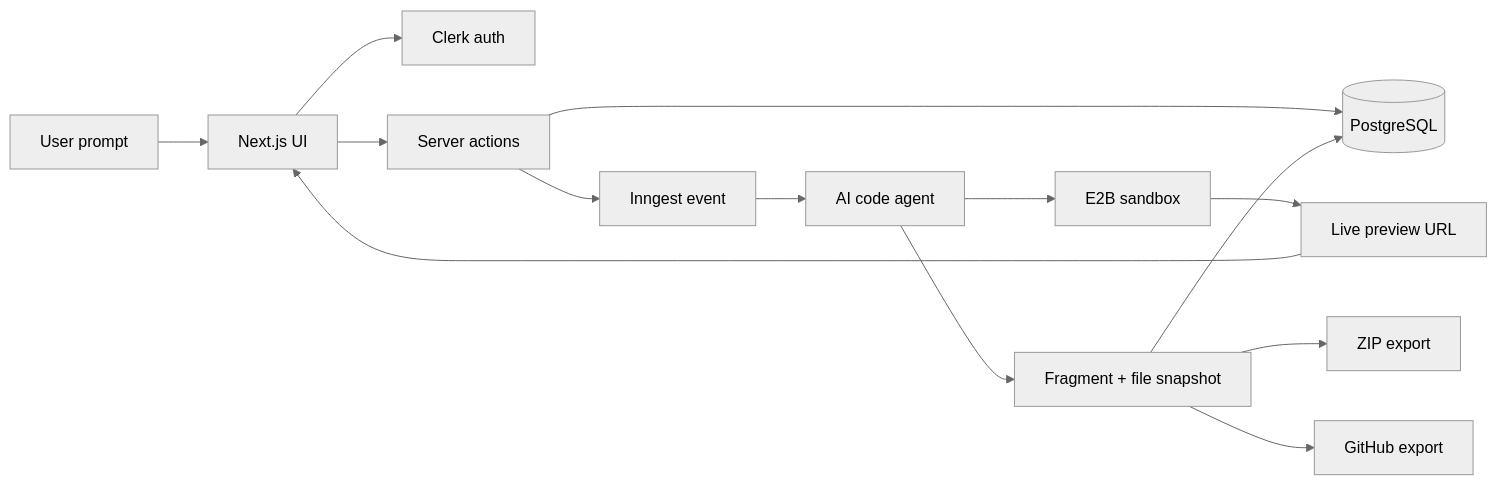
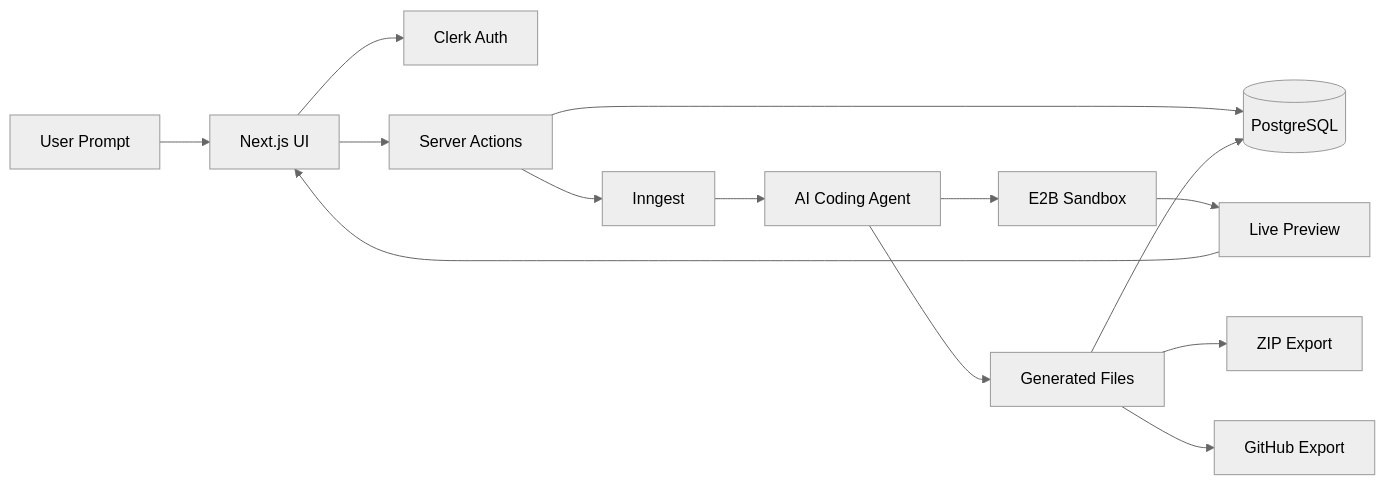
The diagram in README.md (manishmotirale/Gen-V), drawn with Mermaid (neutral theme) before and after one commit. The commit also changed other lines of this file, not shown here.

````diff
--- a/README.md
+++ b/README.md
@@ -88,16 +113,16 @@
 ```mermaid
 flowchart LR
-    U[User prompt] --> N[Next.js UI]
-    N --> C[Clerk auth]
-    N --> S[Server actions]
+    U[User Prompt] --> N[Next.js UI]
+    N --> C[Clerk Auth]
+    N --> S[Server Actions]
     S --> P[(PostgreSQL)]
-    S --> I[Inngest event]
-    I --> A[AI code agent]
-    A --> E[E2B sandbox]
-    E --> R[Live preview URL]
-    A --> F[Fragment + file snapshot]
+    S --> I[Inngest]
+    I --> A[AI Coding Agent]
+    A --> E[E2B Sandbox]
+    E --> R[Live Preview]
+    A --> F[Generated Files]
     F --> P
-    F --> Z[ZIP export]
-    F --> G[GitHub export]
+    F --> Z[ZIP Export]
+    F --> G[GitHub Export]
     R --> N
 ```
````
